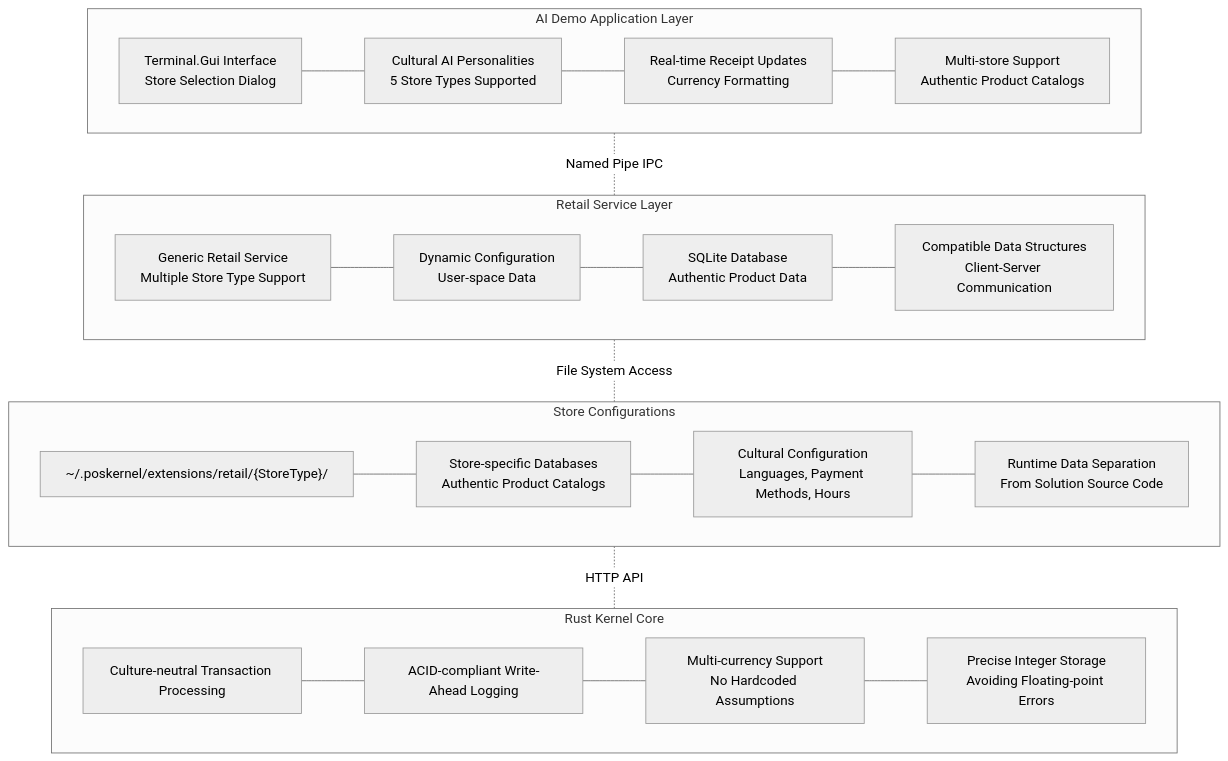
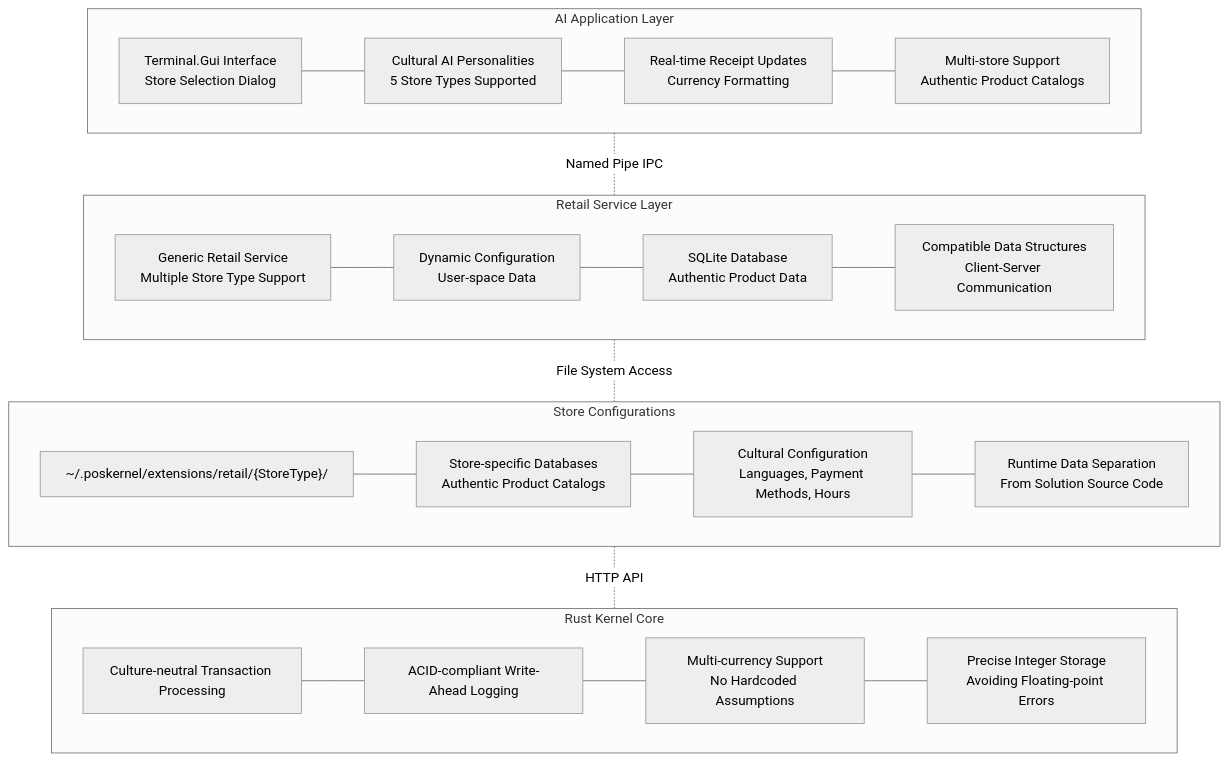
Before and after one commit to paulmooreparks/PosKernel: the first of 6 diagrams in README.md, drawn with Mermaid (neutral theme).

Commit message:
Minor edits

````diff
--- a/README.md
+++ b/README.md
@@ -36,38 +36,38 @@
 ```mermaid
 graph TB
-    subgraph AL ["AI Demo Application Layer"]
+    subgraph AL ["AI Application Layer"]
         direction LR
         A["Terminal.Gui Interface<br/>Store Selection Dialog"]
         A --- B["Cultural AI Personalities<br/>5 Store Types Supported"]
         B --- C["Real-time Receipt Updates<br/>Currency Formatting"]
         C --- D["Multi-store Support<br/>Authentic Product Catalogs"]
     end
     
     subgraph RL ["Retail Service Layer"]
         direction LR
         E["Generic Retail Service<br/>Multiple Store Type Support"]
         E --- F["Dynamic Configuration<br/>User-space Data"]
         F --- G["SQLite Database<br/>Authentic Product Data"]
         G --- H["Compatible Data Structures<br/>Client-Server Communication"]
     end
     
     subgraph UL ["Store Configurations"]
         direction LR
         I["~/.poskernel/extensions/retail/{StoreType}/"]
         I --- J["Store-specific Databases<br/>Authentic Product Catalogs"]
         J --- K["Cultural Configuration<br/>Languages, Payment Methods, Hours"]
         K --- L["Runtime Data Separation<br/>From Solution Source Code"]
     end
     
     subgraph KL ["Rust Kernel Core"]
         direction LR
         M["Culture-neutral Transaction Processing"]
         M --- N["ACID-compliant Write-Ahead Logging"]
         N --- O["Multi-currency Support<br/>No Hardcoded Assumptions"]
         O --- P["Precise Integer Storage<br/>Avoiding Floating-point Errors"]
     end
 
     AL -.-|Named Pipe IPC| RL
     RL -.-|File System Access| UL
     UL -.-|HTTP API| KL
 ```
````
